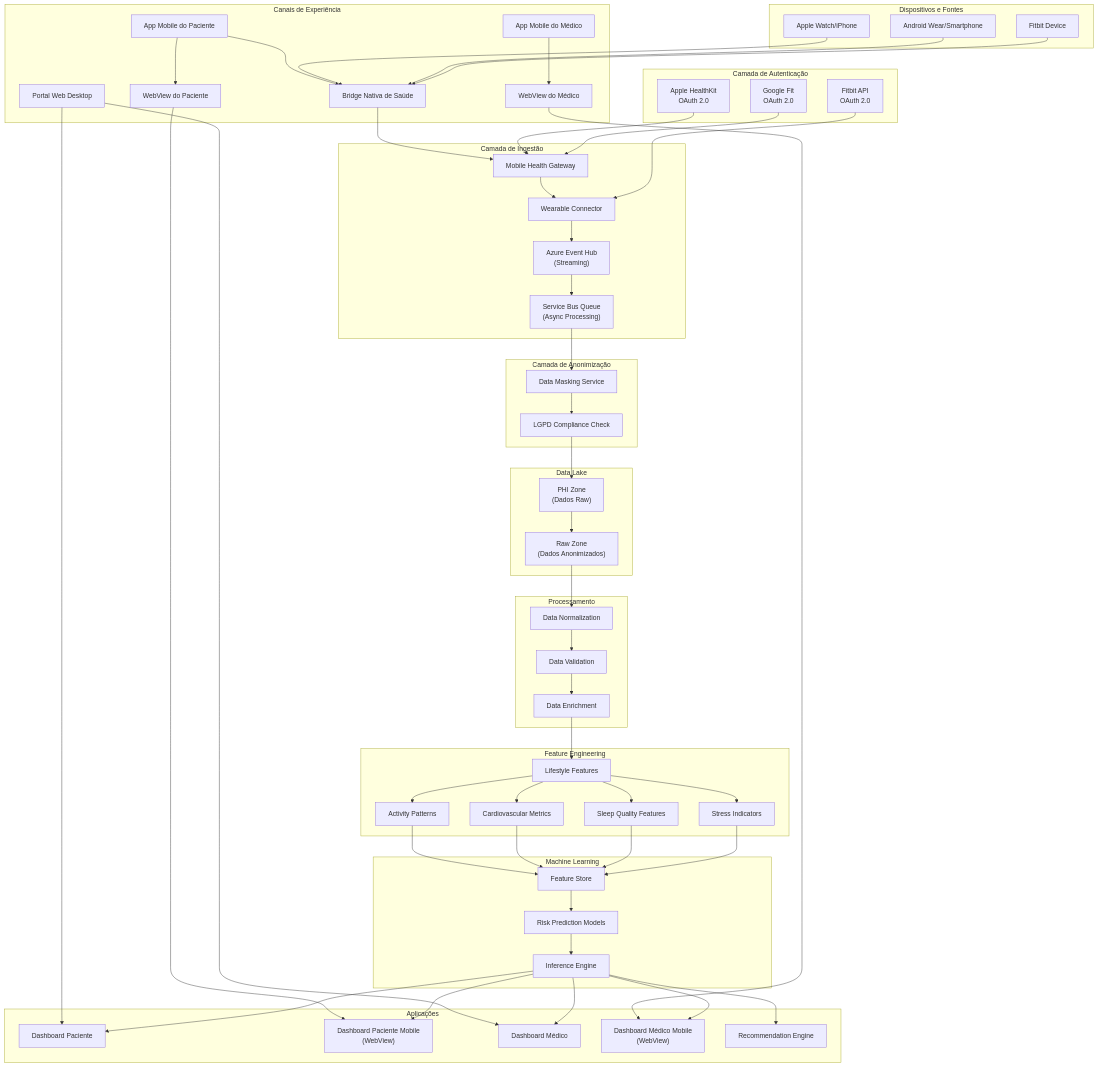
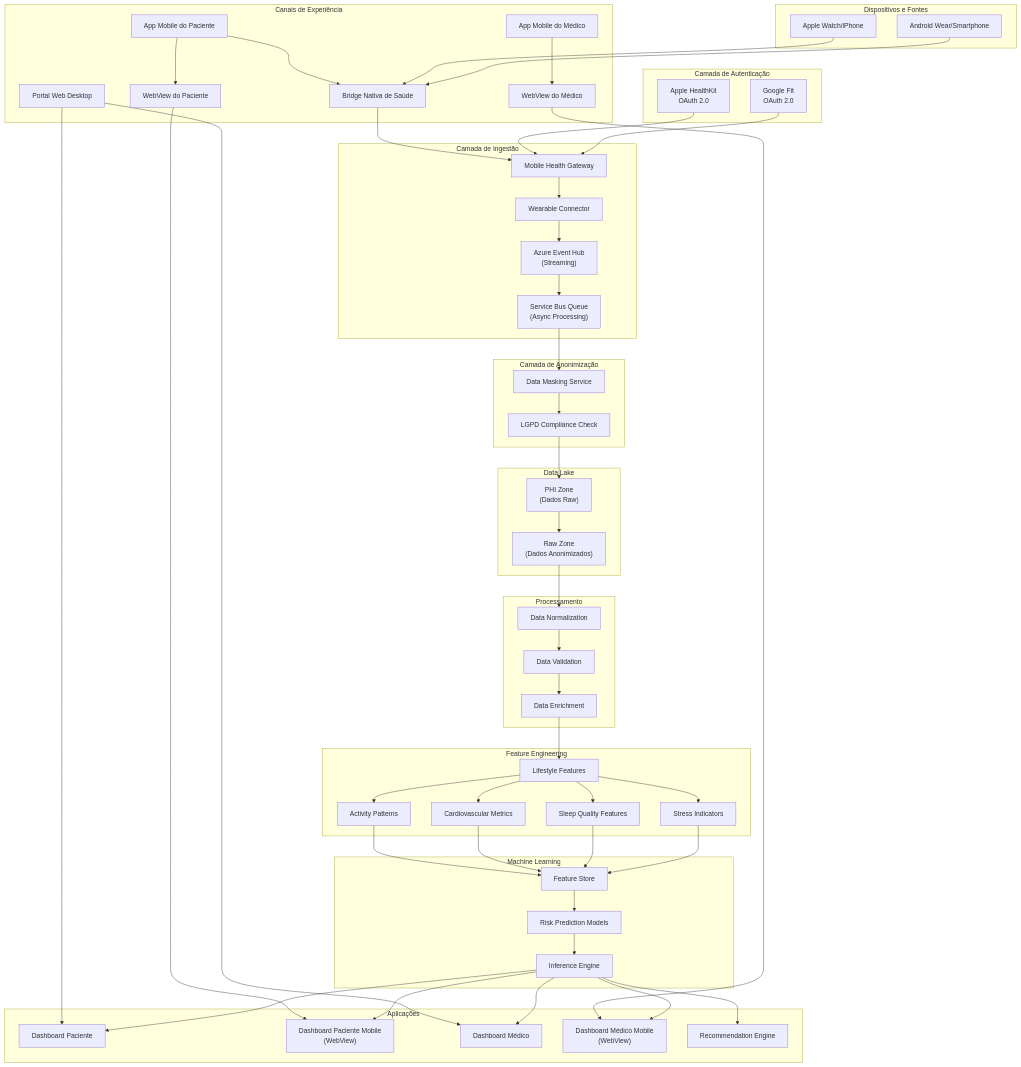
Before and after one commit to ccps1-care-predict/care-plus-ccps1: the diagram in INTEGRACAO_WEARABLES.md, drawn with Mermaid. The commit also changed other lines of this file and 8 other files, not shown here.

```diff
--- a/INTEGRACAO_WEARABLES.md
+++ b/INTEGRACAO_WEARABLES.md
@@ -75,13 +74,11 @@
 subgraph WearableDevices["Dispositivos e Fontes"]
     AppleWatch[Apple Watch/iPhone]
     AndroidWear[Android Wear/Smartphone]
-    Fitbit[Fitbit Device]
 end
 
 subgraph AuthLayer["Camada de Autenticação"]
     AppleAuth["Apple HealthKit<br/>OAuth 2.0"]
     GoogleAuth["Google Fit<br/>OAuth 2.0"]
-    FitbitAuth["Fitbit API<br/>OAuth 2.0"]
 end
 
 subgraph IngestLayer["Camada de Ingestão"]
@@ -139,12 +136,10 @@
 
 AppleWatch --> NativeHealth
 AndroidWear --> NativeHealth
-Fitbit --> NativeHealth
 
 NativeHealth --> MobileGateway
 MobileGateway --> WearableConnector
 
-FitbitAuth --> WearableConnector
 AppleAuth --> MobileGateway
 GoogleAuth --> MobileGateway
 
```
